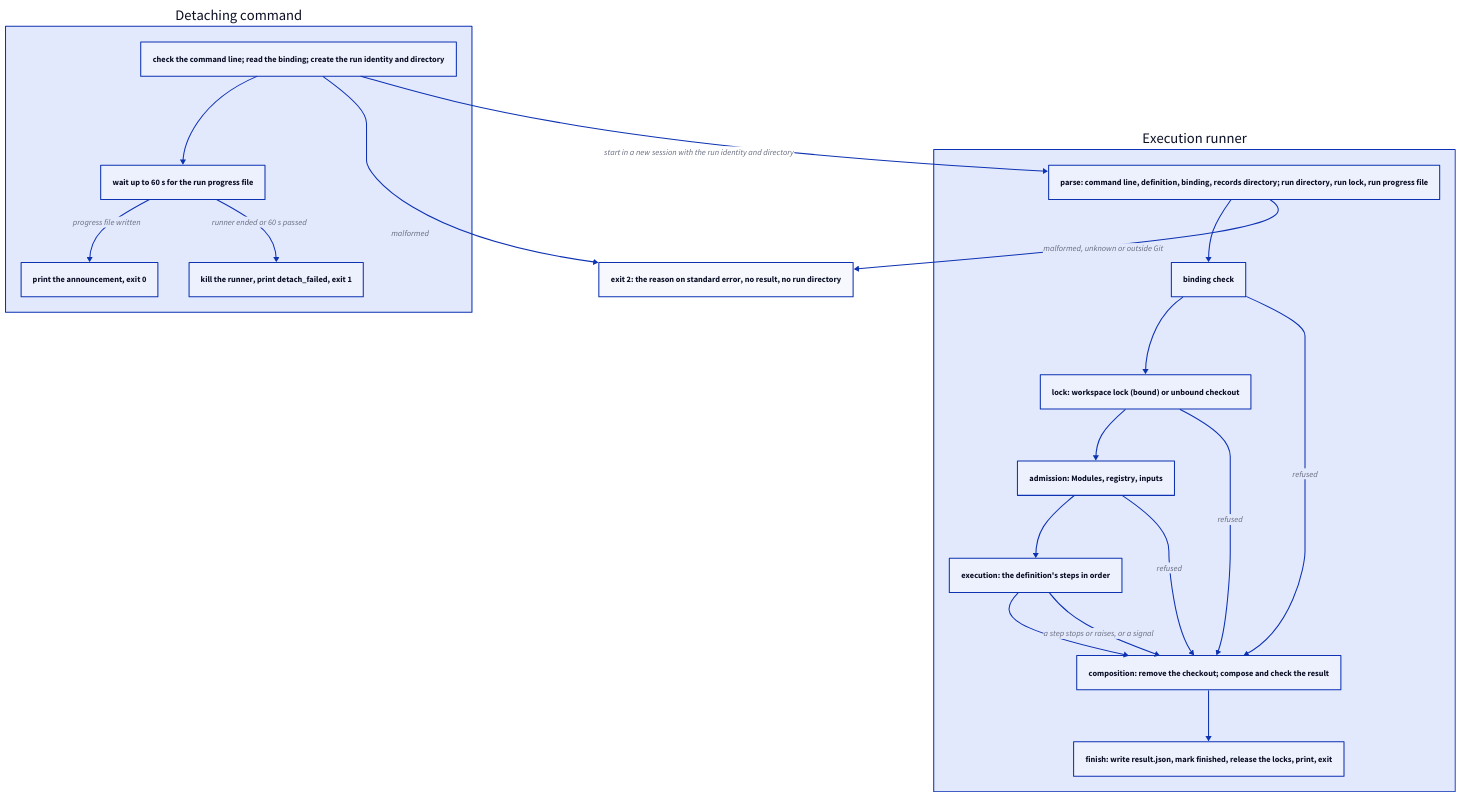
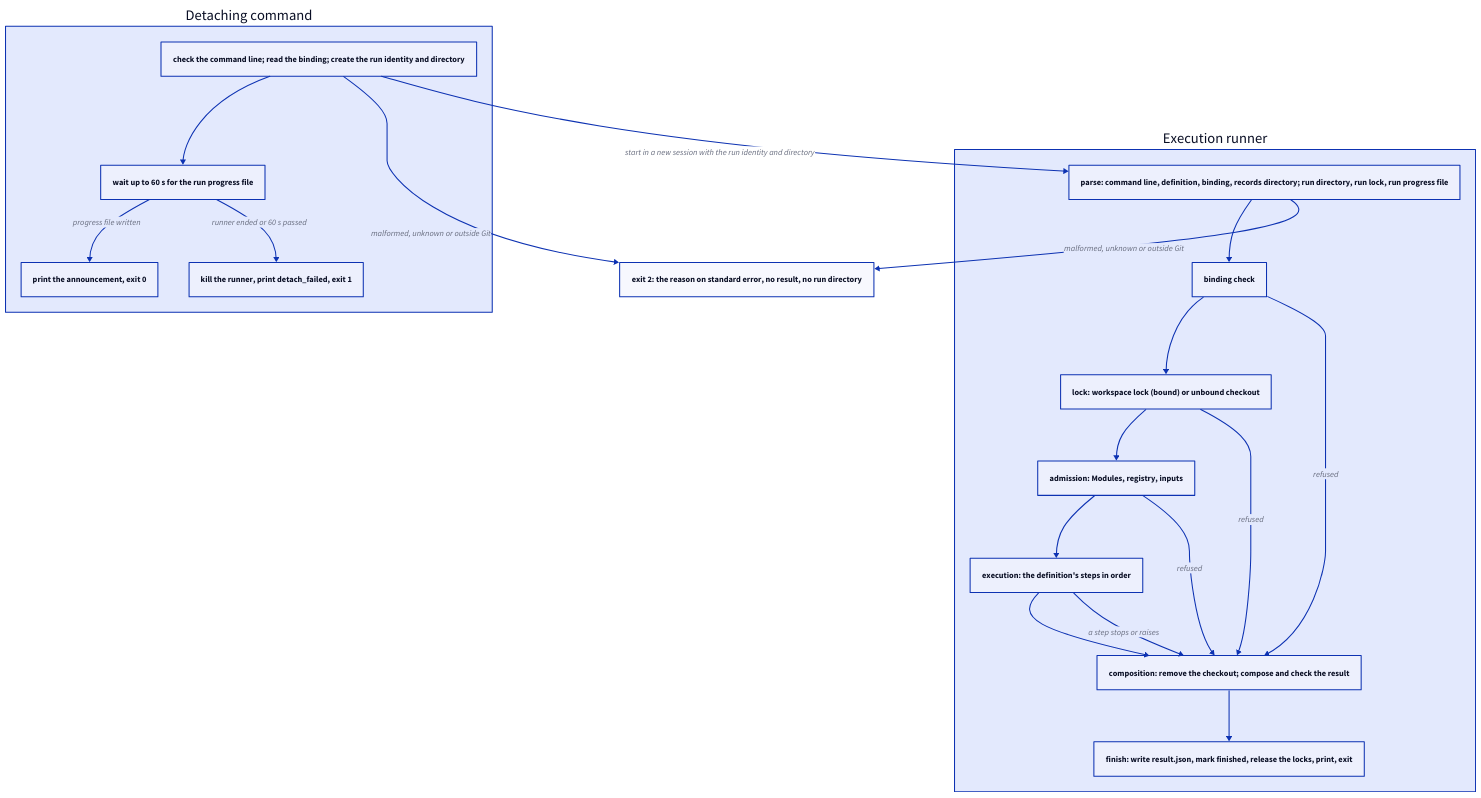
One commit to FTOD/concorde changed the diagram in specs/concorde/execution/runner.md. Above: the diagram before and after it, drawn with D2. The commit also changed other lines of this file and 1 other file, not shown here.

Commit message:
Execution, Workers: fix the review findings in the new diagrams
Quote the progress diagram's last label, which D2 cut at its first ';' into
two orphan nodes, and split it into the ok and failed ends of the checks
phase. The detaching command's exit 2 names every cause parse and the
worktree lookup refuse, and the runner's lead sentence says that a signal
from the binding check to the execution ends in the composition.

````diff
--- a/specs/concorde/execution/runner.md
+++ b/specs/concorde/execution/runner.md
@@ -78,30 +79,30 @@
 ```d2 illustrative
 direction: down
 exit2: "exit 2: the reason on standard error, no result, no run directory"
 launcher: "Detaching command" {
   check: "check the command line; read the binding; create the run identity and directory"
   wait: "wait up to 60 s for the run progress file"
   announce: "print the announcement, exit 0"
   kill: "kill the runner, print detach_failed, exit 1"
   check -> wait
   wait -> announce: progress file written
   wait -> kill: runner ended or 60 s passed
 }
 runner: "Execution runner" {
   parse: "parse: command line, definition, binding, records directory; run directory, run lock, run progress file"
   binding: "binding check"
   lock: "lock: workspace lock (bound) or unbound checkout"
   admission: "admission: Modules, registry, inputs"
   execution: "execution: the definition's steps in order"
   composition: "composition: remove the checkout; compose and check the result"
   finish: "finish: write result.json, mark finished, release the locks, print, exit"
   parse -> binding -> lock -> admission -> execution -> composition -> finish
   binding -> composition: refused
   lock -> composition: refused
   admission -> composition: refused
-  execution -> composition: a step stops or raises, or a signal
+  execution -> composition: a step stops or raises
 }
 runner.parse -> exit2: malformed, unknown or outside Git
-launcher.check -> exit2: malformed
+launcher.check -> exit2: malformed, unknown or outside Git
 launcher.check -> runner.parse: start in a new session with the run identity and directory
 ```
````
